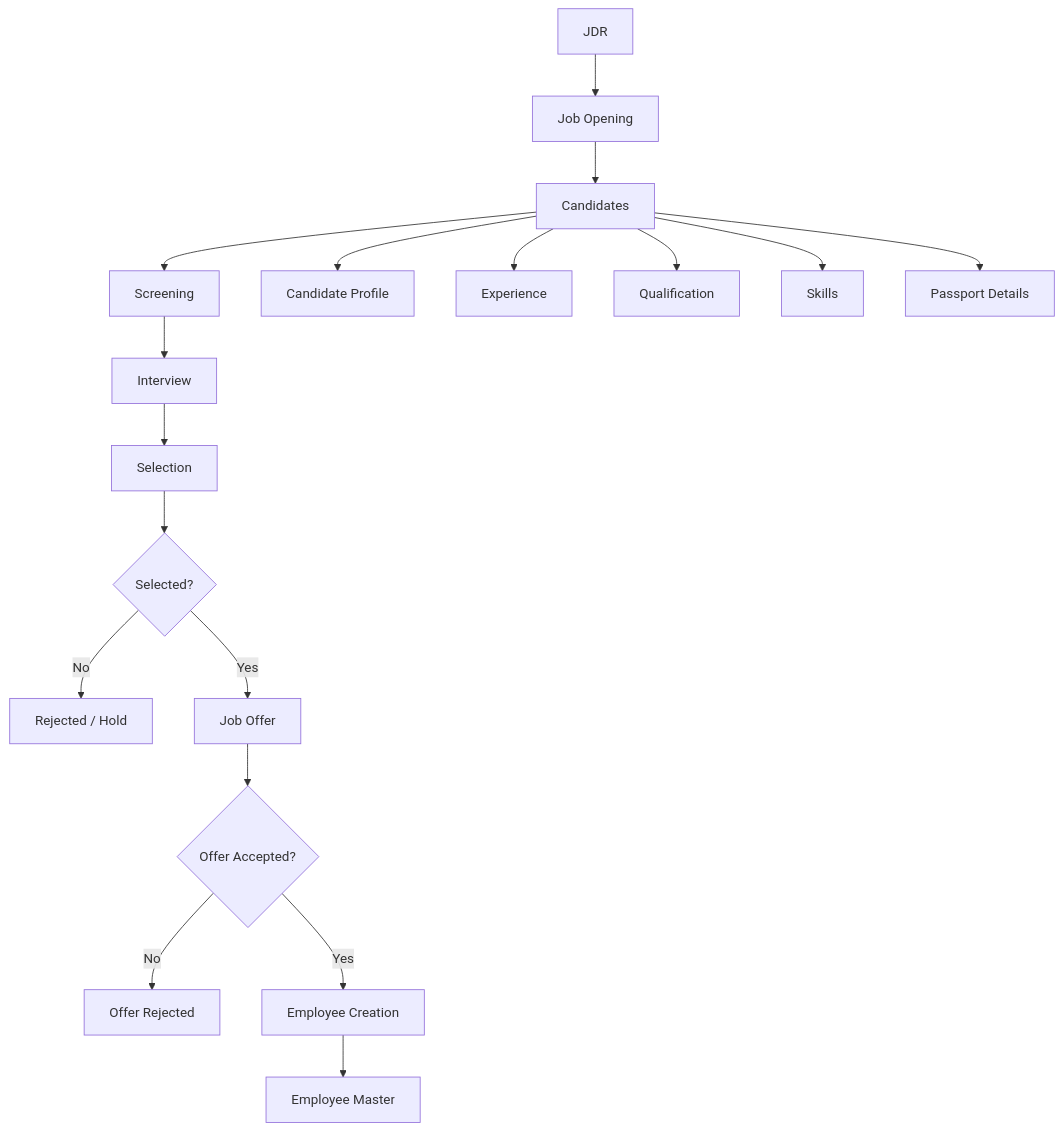
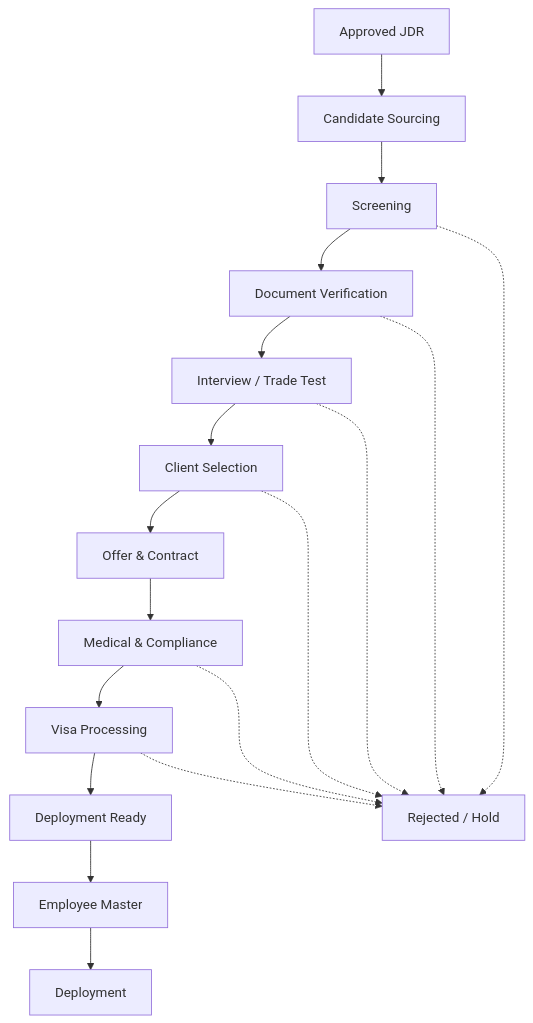
One commit to Plug0007/erpnext-niglobal changed the fifth of 24 diagrams in README.md. Above: the diagram before and after it, drawn with Mermaid. The commit also changed other lines of this file, not shown here.

Commit message:
Renumber and update sections in README
Renumber sections in the README to reflect the correct order and update titles accordingly. Adjust definitions and Mermaid diagrams for clarity and accuracy.

````diff
--- a/README.md
+++ b/README.md
@@ -301,37 +300,48 @@
 ```mermaid
 flowchart TD
     %% =========================================================
-    %% RECRUITMENT
-    %% Candidate lifecycle from JDR to Employee.
+    %% OVERSEAS RECRUITMENT
+    %% Candidate lifecycle for overseas manpower recruitment.
     %% =========================================================
 
-    A[JDR] --> B[Job Opening]
-    B --> C[Candidates]
+    A["Approved JDR"]
+        --> B["Candidate Sourcing"]
 
-    %% Candidate evaluation.
-    C --> D[Screening]
-    D --> E[Interview]
-    E --> F[Selection]
+    %% Basic candidate eligibility check.
+    B --> C["Screening"]
 
-    %% Selection decision.
-    F --> G{Selected?}
+    %% Verify required candidate documents.
+    C --> D["Document Verification"]
 
-    G -->|No| H[Rejected / Hold]
-    G -->|Yes| I[Job Offer]
+    %% Interview and technical/trade assessment.
+    D --> E["Interview / Trade Test"]
 
-    %% Offer decision.
-    I --> J{Offer Accepted?}
+    %% Client reviews shortlisted candidates.
+    E --> F["Client Selection"]
 
-    J -->|No| K[Offer Rejected]
-    J -->|Yes| L[Employee Creation]
+    %% Selected candidate receives employment terms.
+    F --> G["Offer & Contract"]
 
-    %% Candidate data.
-    C --> C1[Candidate Profile]
-    C --> C2[Experience]
-    C --> C3[Qualification]
-    C --> C4[Skills]
-    C --> C5[Passport Details]
+    %% Overseas compliance checks.
+    G --> H["Medical & Compliance"]
+
+    %% Visa / work authorization process.
+    H --> I["Visa Processing"]
+
+    %% Candidate is prepared for overseas movement.
+    I --> J["Deployment Ready"]
 
     %% Successful candidate becomes an employee.
-    L --> M[Employee Master]
+    J --> K["Employee Master"]
+
+    %% Employee moves to deployment.
+    K --> L["Deployment"]
+
+    %% Recruitment can end at different points.
+    C -.-> X["Rejected / Hold"]
+    D -.-> X
+    E -.-> X
+    F -.-> X
+    H -.-> X
+    I -.-> X
 ```
````
